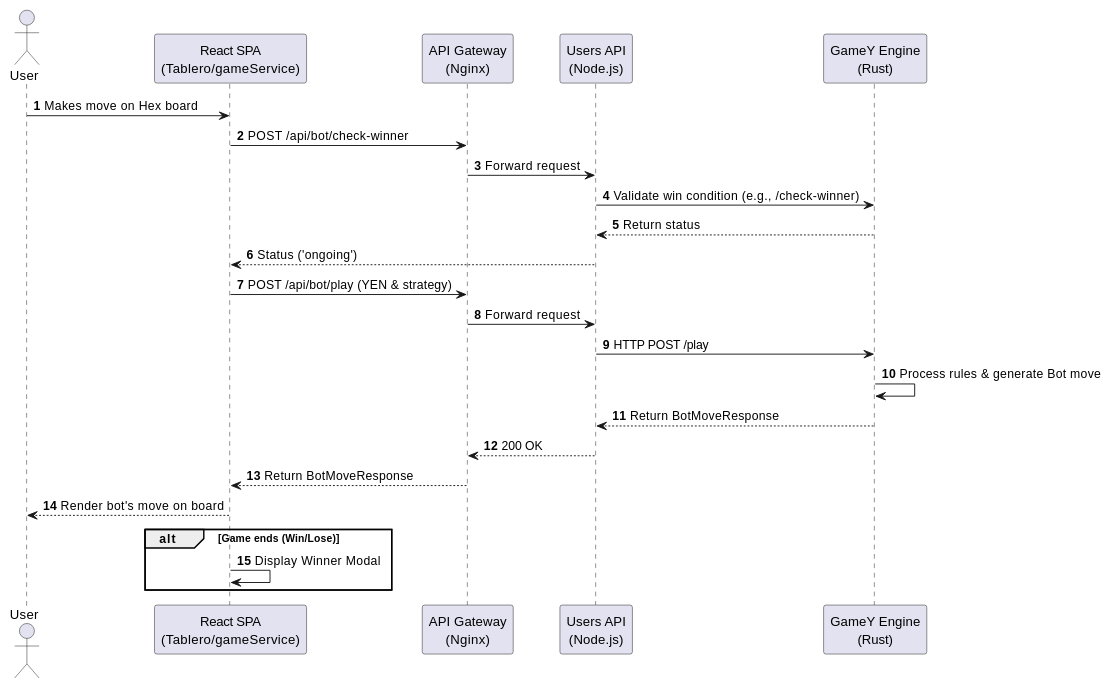
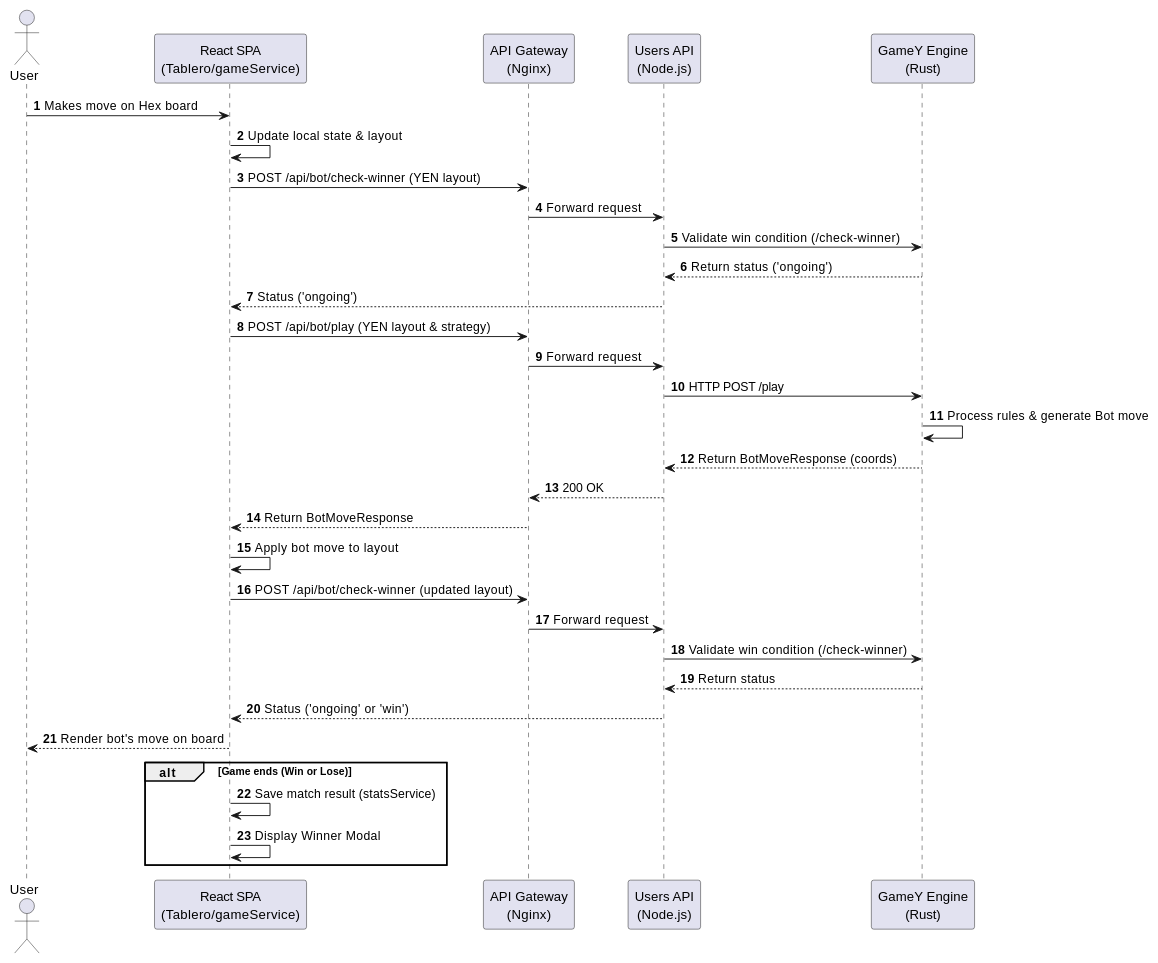
Before and after one commit to Arquisoft/yovi_es1a: the second of 5 diagrams in docs/src/06_runtime_view.adoc, drawn with PlantUML. The commit also changed other lines of this file, not shown here.

```diff
--- a/docs/src/06_runtime_view.adoc
+++ b/docs/src/06_runtime_view.adoc
@@ -53,31 +54,42 @@
 [plantuml]
 ----
 @startuml
 autonumber
 actor User
 participant "React SPA\n(Tablero/gameService)" as WebApp
 participant "API Gateway\n(Nginx)" as Gateway
 participant "Users API\n(Node.js)" as UsersService
 participant "GameY Engine\n(Rust)" as Gamey
 
 User -> WebApp: Makes move on Hex board
-WebApp -> Gateway: POST /api/bot/check-winner
+WebApp -> WebApp: Update local state & layout
+
+WebApp -> Gateway: POST /api/bot/check-winner (YEN layout)
 Gateway -> UsersService: Forward request
-UsersService -> Gamey: Validate win condition (e.g., /check-winner)
-Gamey --> UsersService: Return status
+UsersService -> Gamey: Validate win condition (/check-winner)
+Gamey --> UsersService: Return status ('ongoing')
 UsersService --> WebApp: Status ('ongoing')
 
-WebApp -> Gateway: POST /api/bot/play (YEN & strategy)
+WebApp -> Gateway: POST /api/bot/play (YEN layout & strategy)
 Gateway -> UsersService: Forward request
 UsersService -> Gamey: HTTP POST /play
 Gamey -> Gamey: Process rules & generate Bot move
-Gamey --> UsersService: Return BotMoveResponse
+Gamey --> UsersService: Return BotMoveResponse (coords)
 UsersService --> Gateway: 200 OK
 Gateway --> WebApp: Return BotMoveResponse
+WebApp -> WebApp: Apply bot move to layout
+
+WebApp -> Gateway: POST /api/bot/check-winner (updated layout)
+Gateway -> UsersService: Forward request
+UsersService -> Gamey: Validate win condition (/check-winner)
+Gamey --> UsersService: Return status
+UsersService --> WebApp: Status ('ongoing' or 'win')
+
 WebApp --> User: Render bot's move on board
 
-alt Game ends (Win/Lose)
+alt Game ends (Win or Lose)
+    WebApp -> WebApp: Save match result (statsService)
     WebApp -> WebApp: Display Winner Modal
 end
 @enduml
 ----
```
